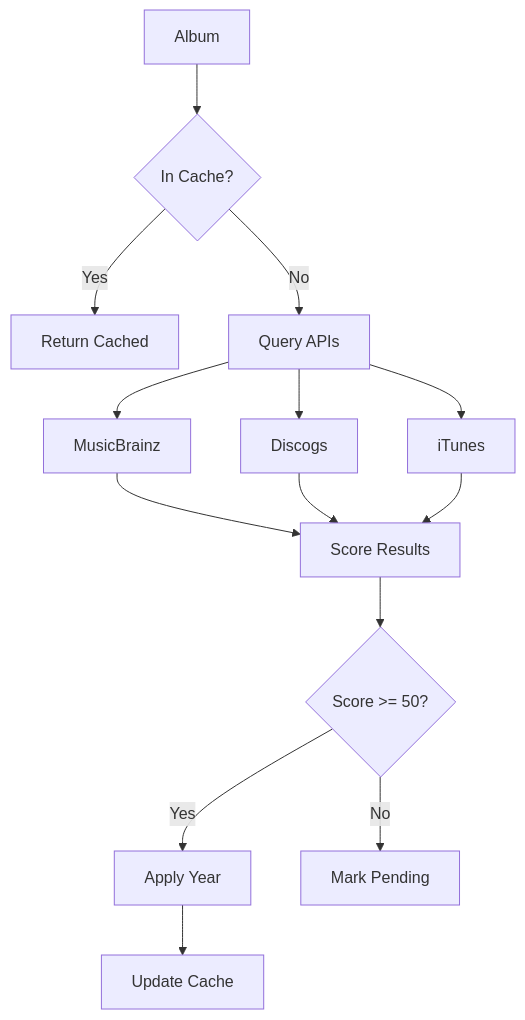
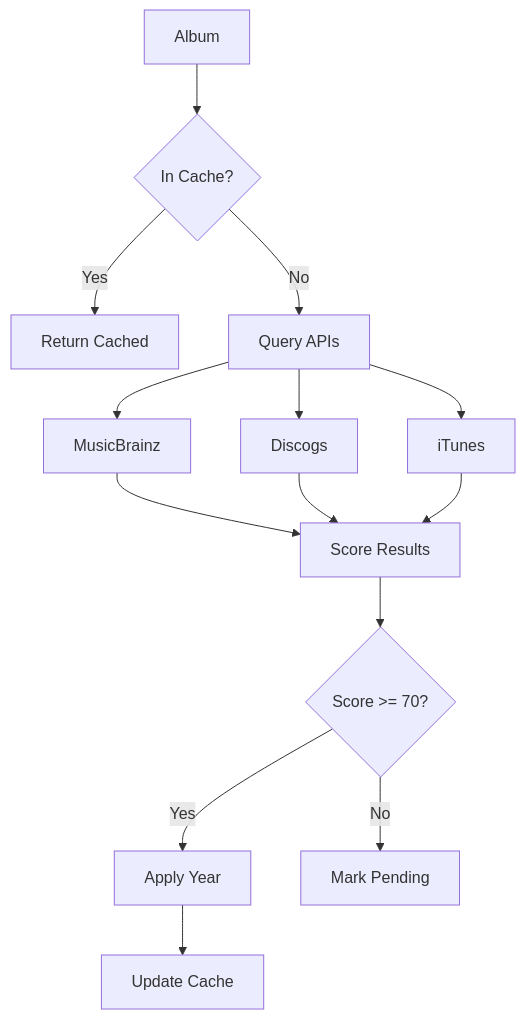
Before and after one commit to barad1tos/GenreUpdater: the third of 8 diagrams in docs/architecture/data-flow.md, drawn with Mermaid.

Commit message:
docs(data-flow): fix threshold in flowchart (50 → 70)

````diff
--- a/docs/architecture/data-flow.md
+++ b/docs/architecture/data-flow.md
@@ -74,20 +74,20 @@
 ```mermaid
 flowchart TD
     A[Album] --> B{In Cache?}
     B -->|Yes| C[Return Cached]
     B -->|No| D[Query APIs]
 
     D --> E[MusicBrainz]
     D --> F[Discogs]
     D --> G[iTunes]
 
     E --> H[Score Results]
     F --> H
     G --> H
 
-    H --> I{Score >= 50?}
+    H --> I{Score >= 70?}
     I -->|Yes| J[Apply Year]
     I -->|No| K[Mark Pending]
 
     J --> L[Update Cache]
 ```
````
